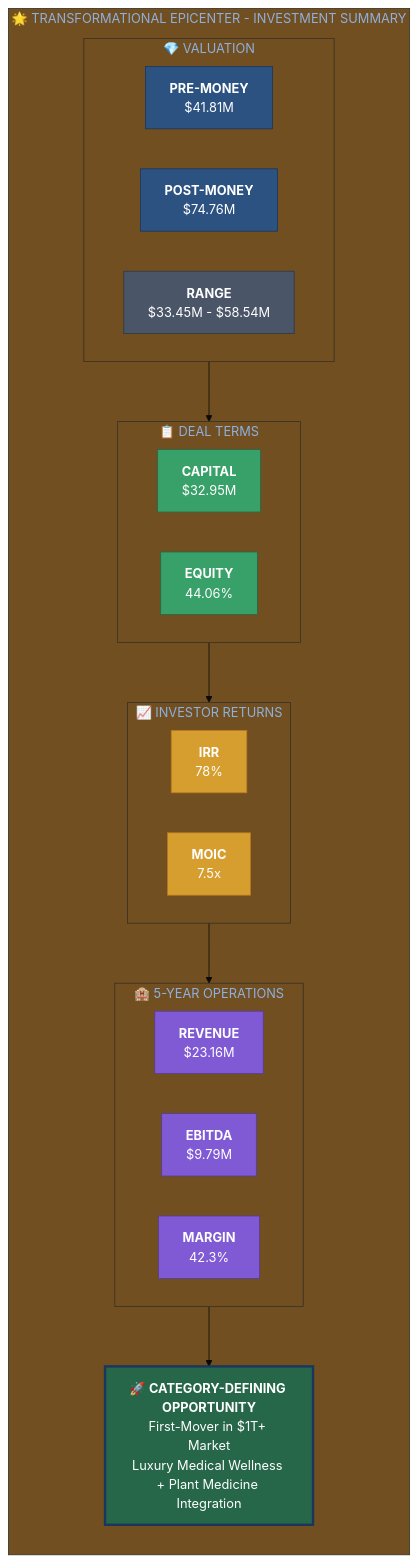
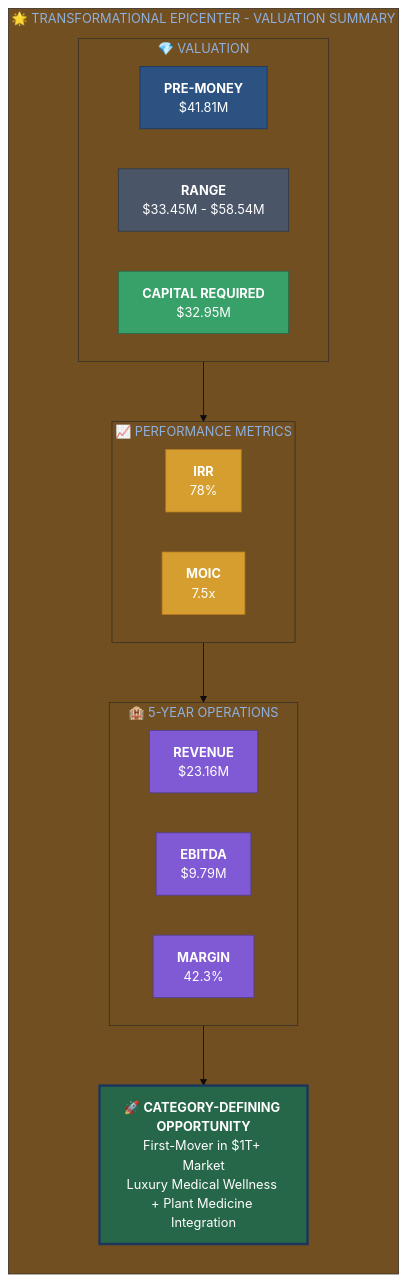
Diagram 36 of 37 in docs/pitch-packet/AI_VALUATION_REPORT_VISUAL.md (Light-Brands/epic-center), drawn with Mermaid before and after one commit. The commit also changed other lines of this file and 3 other files, not shown here.

First line of the commit message:
Remove investor/equity/deal structure content from valuation reports

````diff
--- a/docs/pitch-packet/AI_VALUATION_REPORT_VISUAL.md
+++ b/docs/pitch-packet/AI_VALUATION_REPORT_VISUAL.md
@@ -1872,51 +1728,43 @@
 ```mermaid
 %%{init: {'theme': 'base', 'themeVariables': { 'primaryColor': '#1a365d', 'primaryTextColor': '#fff'}}}%%
 flowchart TB
-    subgraph FINAL["🌟 TRANSFORMATIONAL EPICENTER - INVESTMENT SUMMARY"]
+    subgraph FINAL["🌟 TRANSFORMATIONAL EPICENTER - VALUATION SUMMARY"]
         direction TB
 
         subgraph VALUE["💎 VALUATION"]
             direction LR
             PRE["<b>PRE-MONEY</b><br/>$41.81M"]
-            POST["<b>POST-MONEY</b><br/>$74.76M"]
             RANGE["<b>RANGE</b><br/>$33.45M - $58.54M"]
+            CAP["<b>CAPITAL REQUIRED</b><br/>$32.95M"]
         end
 
-        subgraph DEAL["📋 DEAL TERMS"]
-            direction LR
-            CAP["<b>CAPITAL</b><br/>$32.95M"]
-            EQ["<b>EQUITY</b><br/>44.06%"]
-        end
-
-        subgraph RETURNS["📈 INVESTOR RETURNS"]
+        subgraph PERF["📈 PERFORMANCE METRICS"]
             direction LR
             IRR["<b>IRR</b><br/>78%"]
             MOIC["<b>MOIC</b><br/>7.5x"]
         end
 
         subgraph OPERATIONS["🏨 5-YEAR OPERATIONS"]
             direction LR
             REV["<b>REVENUE</b><br/>$23.16M"]
             EBITDA["<b>EBITDA</b><br/>$9.79M"]
             MARGIN["<b>MARGIN</b><br/>42.3%"]
         end
 
-        VALUE --> DEAL --> RETURNS --> OPERATIONS
+        VALUE --> PERF --> OPERATIONS
 
         CTA["🚀 <b>CATEGORY-DEFINING OPPORTUNITY</b><br/>First-Mover in $1T+ Market<br/>Luxury Medical Wellness + Plant Medicine Integration"]
 
         OPERATIONS --> CTA
     end
 
     style PRE fill:#2c5282,stroke:#1a365d,color:#fff
-    style POST fill:#2c5282,stroke:#1a365d,color:#fff
     style RANGE fill:#4a5568,stroke:#2d3748,color:#fff
     style CAP fill:#38a169,stroke:#276749,color:#fff
-    style EQ fill:#38a169,stroke:#276749,color:#fff
     style IRR fill:#d69e2e,stroke:#b7791f,color:#fff
     style MOIC fill:#d69e2e,stroke:#b7791f,color:#fff
     style REV fill:#805ad5,stroke:#553c9a,color:#fff
     style EBITDA fill:#805ad5,stroke:#553c9a,color:#fff
     style MARGIN fill:#805ad5,stroke:#553c9a,color:#fff
     style CTA fill:#276749,stroke:#1a365d,stroke-width:3px,color:#fff
 ```
````
